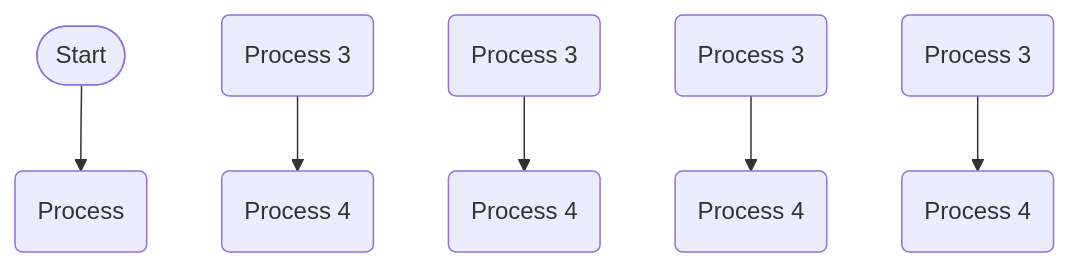
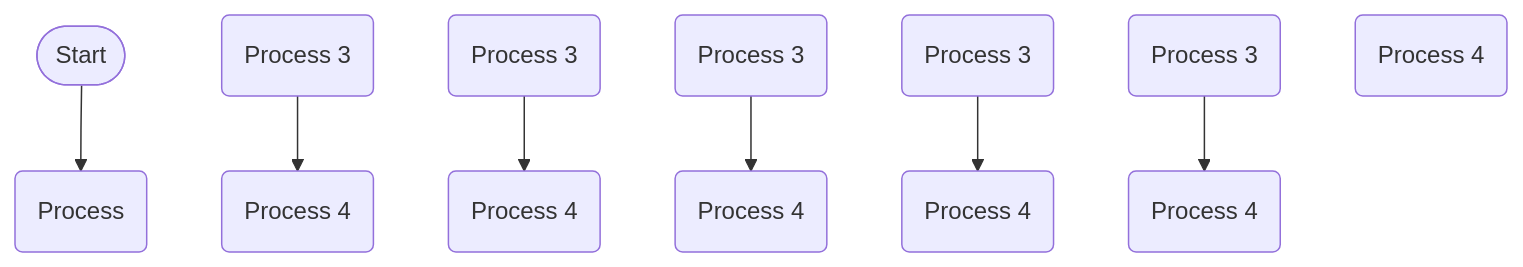
One commit to pingpm/mermaid_vault changed the diagram in mmd/123_03dcaacf-7344-46b4-825a-33c6aabd6103.mmd. Above: the diagram before and after it, drawn with Mermaid. The commit also changed 3 other files, not shown here.

Commit message:
Sync Mermaid Studio data (27 diagrams)

```diff
--- a/mmd/123_03dcaacf-7344-46b4-825a-33c6aabd6103.mmd
+++ b/mmd/123_03dcaacf-7344-46b4-825a-33c6aabd6103.mmd
@@ -1,16 +1,20 @@
 flowchart TD
   n_0(["Start"])
   n_1("Process")
   n_2("Process 3")
   n_3("Process 4")
   n_4("Process 3")
   n_5("Process 4")
   n_6("Process 3")
   n_7("Process 4")
   n_8("Process 3")
   n_9("Process 4")
+  n_10("Process 3")
+  n_11("Process 4")
+  n_12("Process 4")
   n_0 --> n_1
   n_2 --> n_3
   n_4 --> n_5
   n_6 --> n_7
   n_8 --> n_9
+  n_10 --> n_11
```
